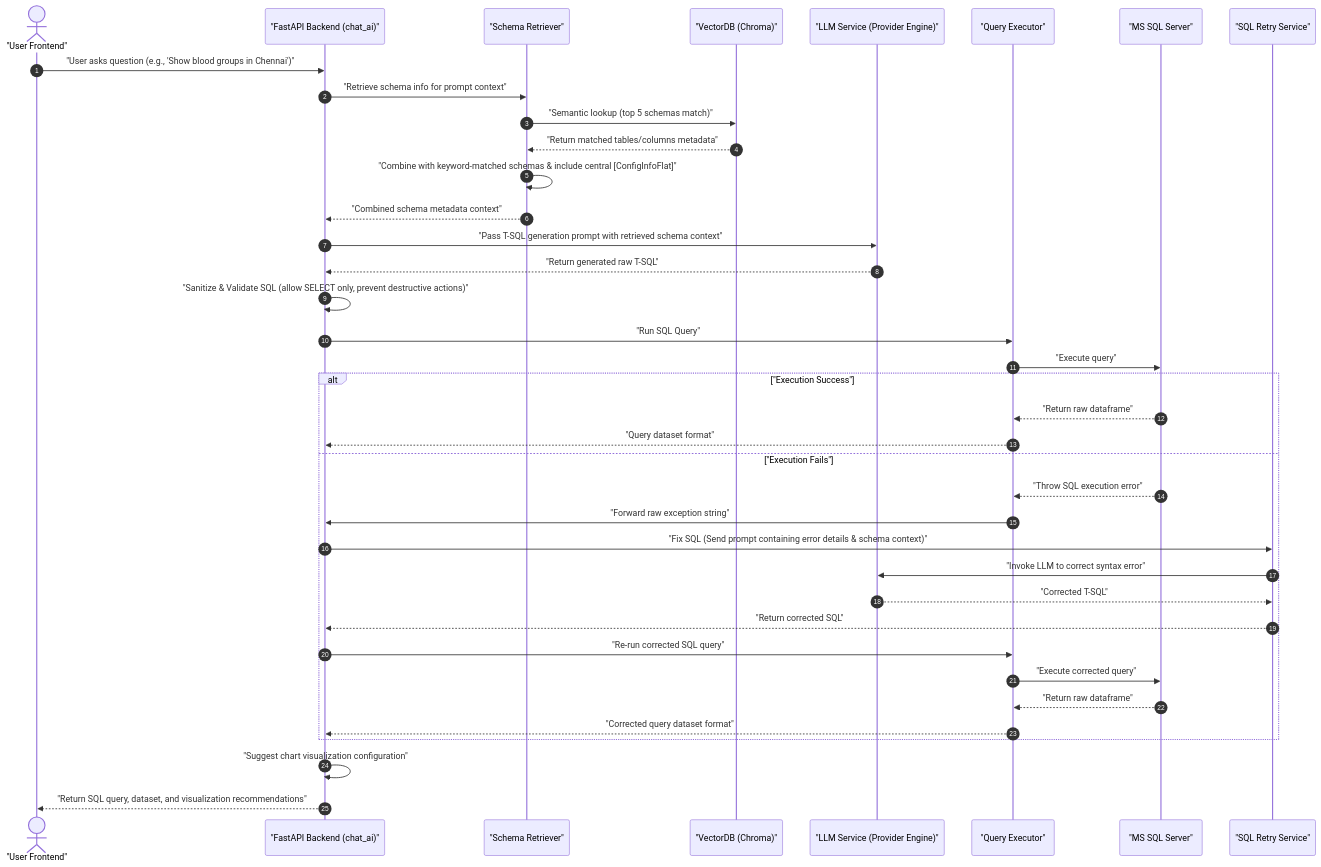
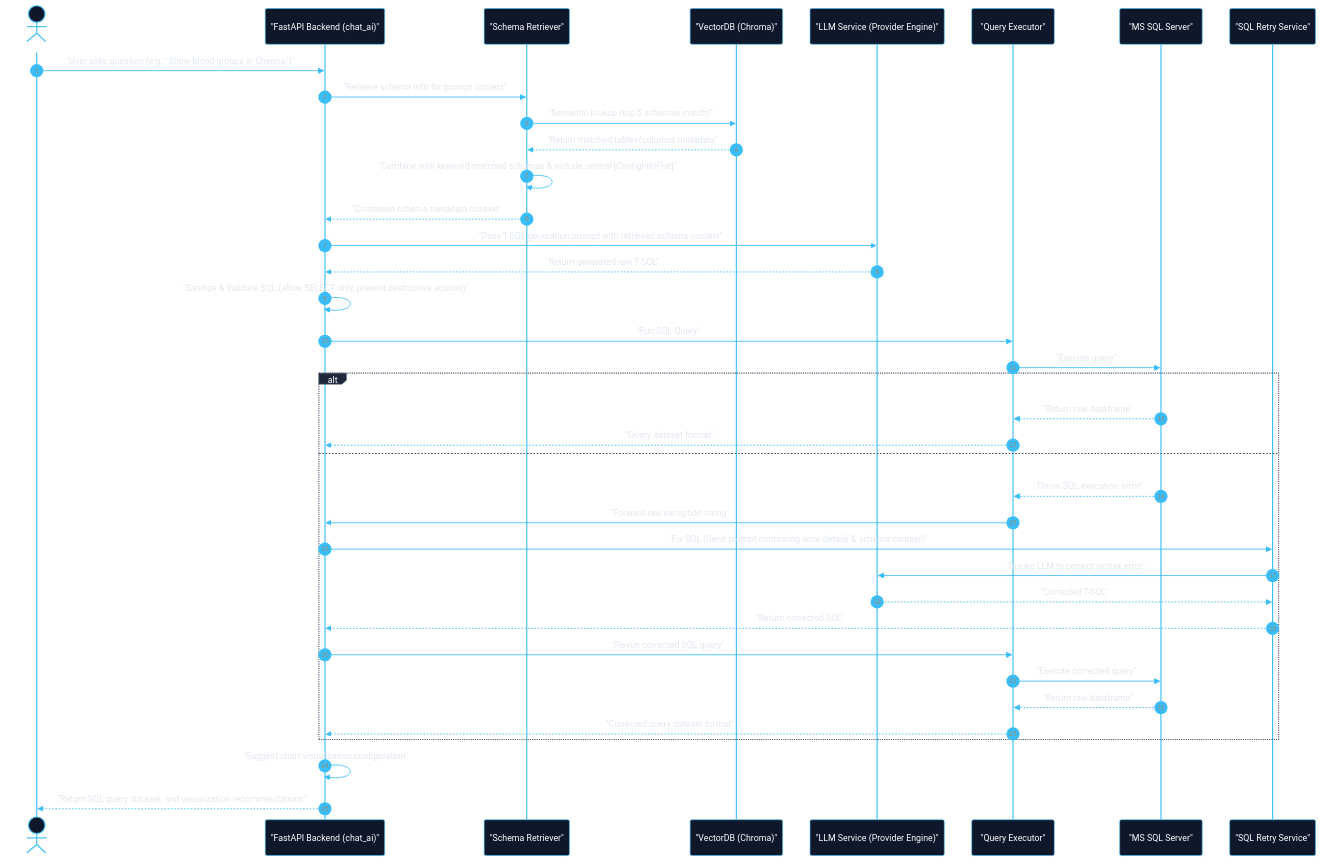
The diagram in README.md (AshGov07/ContextualSQL), drawn with Mermaid before and after one commit. The commit also changed other lines of this file, not shown here.

````diff
--- a/README.md
+++ b/README.md
@@ -88,41 +86,63 @@
 ```mermaid
+%%{init: {
+  'theme': 'base',
+  'themeVariables': {
+    'primaryColor': '#1e293b',
+    'primaryTextColor': '#ffffff',
+    'primaryBorderColor': '#38bdf8',
+    'lineColor': '#64748b',
+    'secondaryColor': '#0f172a',
+    'tertiaryColor': '#1e293b',
+    'actorBkg': '#0f172a',
+    'actorBorder': '#38bdf8',
+    'actorTextColor': '#ffffff',
+    'signalColor': '#38bdf8',
+    'signalTextColor': '#e2e8f0',
+    'labelBoxBkgColor': '#1e293b',
+    'labelBoxBorderColor': '#475569',
+    'labelTextColor': '#ffffff',
+    'loopBkgColor': '#1e293b',
+    'noteBkgColor': '#334155',
+    'noteTextColor': '#ffffff'
+  }
+}}%%
 sequenceDiagram
     autonumber
     actor User as "User Frontend"
     participant API as "FastAPI Backend (chat_ai)"
     participant RAG as "Schema Retriever"
     participant VectorDB as "VectorDB (Chroma)"
     participant LLM as "LLM Service (Provider Engine)"
     participant Exec as "Query Executor"
     participant DB as "MS SQL Server"
     participant Retry as "SQL Retry Service"
 
     User->>API: "User asks question (e.g., 'Show blood groups in Chennai')"
     API->>RAG: "Retrieve schema info for prompt context"
     RAG->>VectorDB: "Semantic lookup (top 5 schemas match)"
     VectorDB-->>RAG: "Return matched tables/columns metadata"
     RAG->>RAG: "Combine with keyword-matched schemas & include central [ConfigInfoFlat]"
     RAG-->>API: "Combined schema metadata context"
     API->>LLM: "Pass T-SQL generation prompt with retrieved schema context"
     LLM-->>API: "Return generated raw T-SQL"
     API->>API: "Sanitize & Validate SQL (allow SELECT only, prevent destructive actions)"
     API->>Exec: "Run SQL Query"
     Exec->>DB: "Execute query"
     alt "Execution Success"
         DB-->>Exec: "Return raw dataframe"
         Exec-->>API: "Query dataset format"
     else "Execution Fails"
         DB-->>Exec: "Throw SQL execution error"
         Exec->>API: "Forward raw exception string"
         API->>Retry: "Fix SQL (Send prompt containing error details & schema context)"
         Retry->>LLM: "Invoke LLM to correct syntax error"
         LLM-->>Retry: "Corrected T-SQL"
         Retry-->>API: "Return corrected SQL"
         API->>Exec: "Re-run corrected SQL query"
         Exec->>DB: "Execute corrected query"
         DB-->>Exec: "Return raw dataframe"
         Exec-->>API: "Corrected query dataset format"
     end
     API->>API: "Suggest chart visualization configuration"
     API-->>User: "Return SQL query, dataset, and visualization recommendations"
 ```
````
